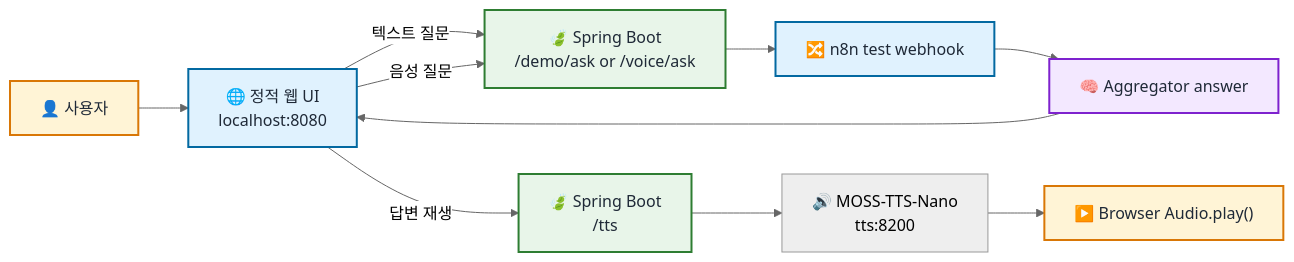
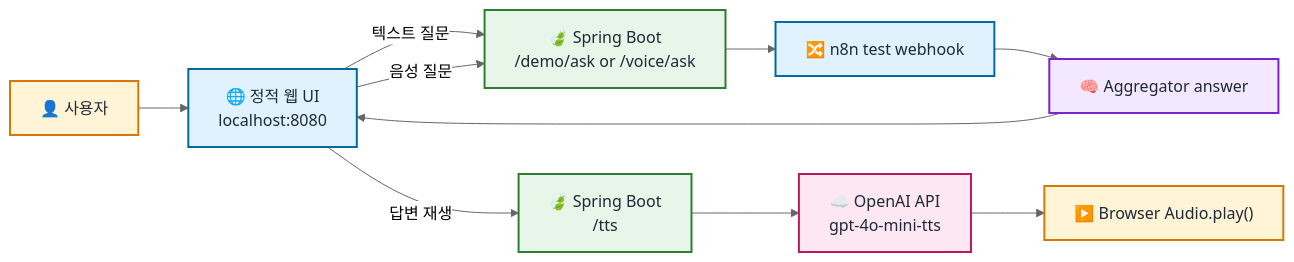
Before and after one commit to kkkwp/hybrid-rag-voicebot: the third of 7 diagrams in README.md, drawn with Mermaid (neutral theme). The commit also changed other lines of this file, not shown here.

First line of the commit message:
docs: update README — replace MOSS-TTS-Nano with OpenAI gpt-4o-mini-tts

````diff
--- a/README.md
+++ b/README.md
@@ -204,27 +209,29 @@
 ```mermaid
 flowchart LR
     USER["👤 사용자"]
     UI["🌐 정적 웹 UI<br/>localhost:8080"]
     DEMO["🍃 Spring Boot<br/>/demo/ask or /voice/ask"]
     N8N["🔀 n8n test webhook"]
     AGG["🧠 Aggregator answer"]
     TTSAPI["🍃 Spring Boot<br/>/tts"]
-    MOSS["🔊 MOSS-TTS-Nano<br/>tts:8200"]
+    OPENAI["☁️ OpenAI API<br/>gpt-4o-mini-tts"]
     AUDIO["▶️ Browser Audio.play()"]
 
     USER --> UI
     UI -- "텍스트 질문" --> DEMO
     UI -- "음성 질문" --> DEMO
     DEMO --> N8N --> AGG --> UI
-    UI -- "답변 재생" --> TTSAPI --> MOSS --> AUDIO
+    UI -- "답변 재생" --> TTSAPI --> OPENAI --> AUDIO
 
     classDef user fill:#fff4d6,stroke:#d97706,color:#1f2937,stroke-width:2px;
     classDef app fill:#e8f5e9,stroke:#2e7d32,color:#1f2937,stroke-width:2px;
     classDef flow fill:#e0f2fe,stroke:#0369a1,color:#1f2937,stroke-width:2px;
     classDef ai fill:#f3e8ff,stroke:#7e22ce,color:#1f2937,stroke-width:2px;
+    classDef cloud fill:#fce7f3,stroke:#be185d,color:#1f2937,stroke-width:2px;
 
     class USER,AUDIO user;
     class DEMO,TTSAPI app;
     class UI,N8N flow;
-    class AGG,MOSS-TTS-Nano ai;
+    class AGG ai;
+    class OPENAI cloud;
 ```
````
